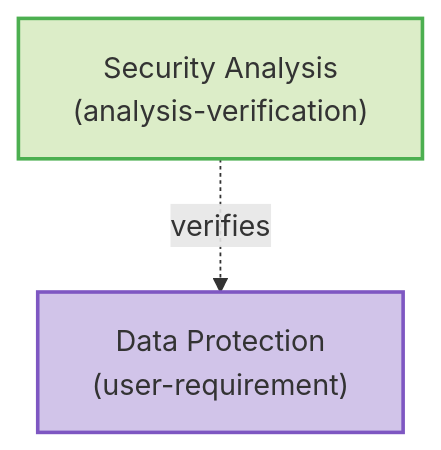
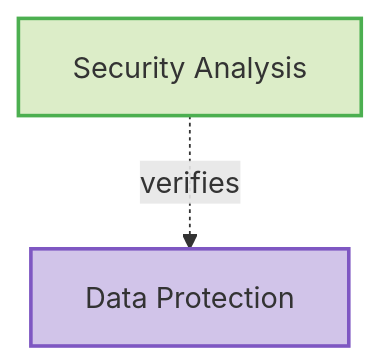
Before and after one commit to reqvire-org/reqvire: the fifth of 6 diagrams in tests/test-verification-traces/expected_redundant_output.md, drawn with Mermaid. The commit also changed other lines of this file and 137 other files, not shown here.

First line of the commit message:
Add attachment display to diagrams and fix navigation button removal

````diff
--- a/tests/test-verification-traces/expected_redundant_output.md
+++ b/tests/test-verification-traces/expected_redundant_output.md
@@ -118,14 +118,14 @@
 ```mermaid
 graph TD
   classDef userRequirement fill:#D1C4E9,stroke:#7E57C2,stroke-width:2px;
   classDef systemRequirement fill:#E1D8EE,stroke:#673AB7,stroke-width:1.5px;
   classDef requirement fill:#ECEFF1,stroke:#673AB7,stroke-width:1.5px;
   classDef verified fill:#D1C4E9,stroke:#7E57C2,stroke-width:2px;
   classDef verification fill:#DCEDC8,stroke:#4CAF50,stroke-width:2px;
 
-  ee61d9a254ace553["Security Analysis<br>(analysis-verification)"]:::verification
+  ee61d9a254ace553["Security Analysis"]:::verification
   click ee61d9a254ace553 "specifications/Verifications/Tests.md#security-analysis";
-  8ddbf0ce66bc6c18["Data Protection<br>(user-requirement)"]:::verified
+  8ddbf0ce66bc6c18["Data Protection"]:::verified
   click 8ddbf0ce66bc6c18 "specifications/UserRequirements.md#data-protection";
   ee61d9a254ace553 -.->|verifies| 8ddbf0ce66bc6c18;
 ```
````
